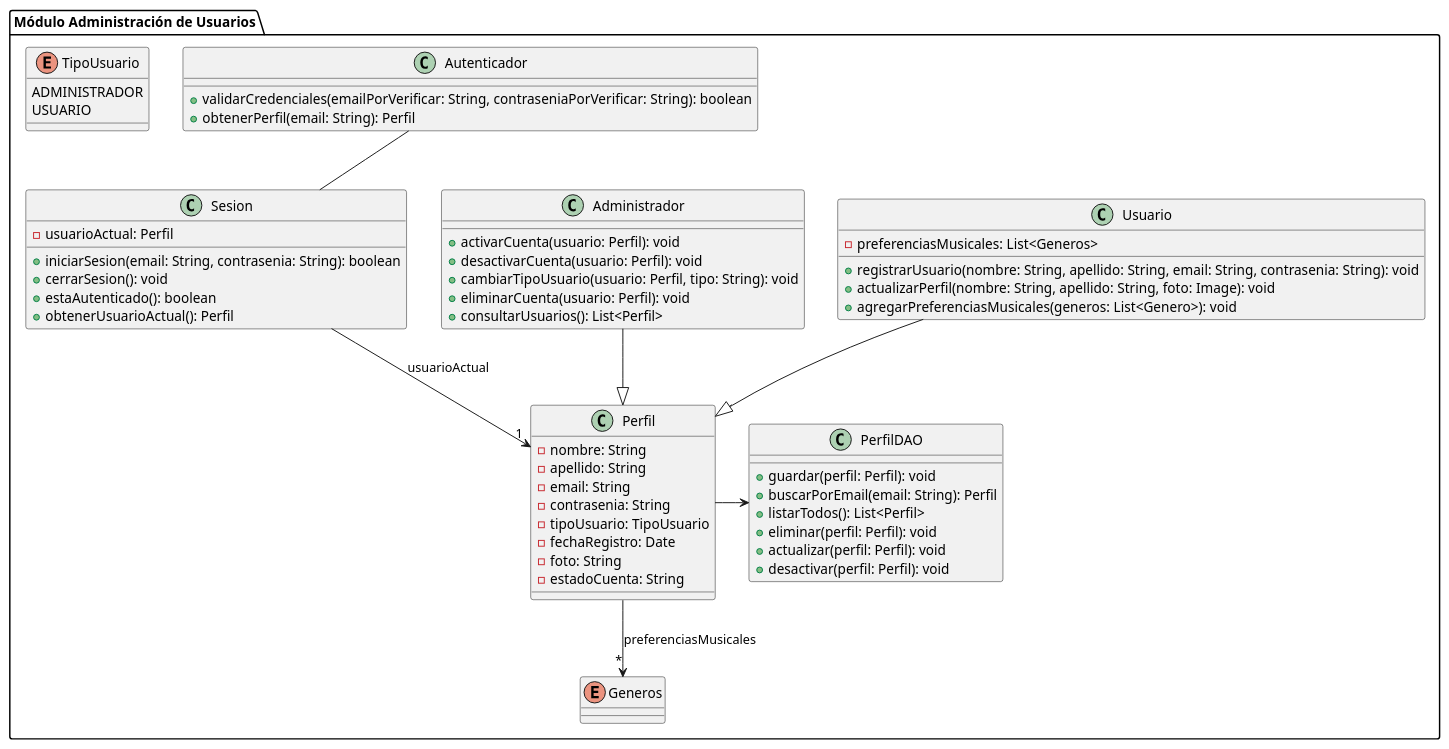
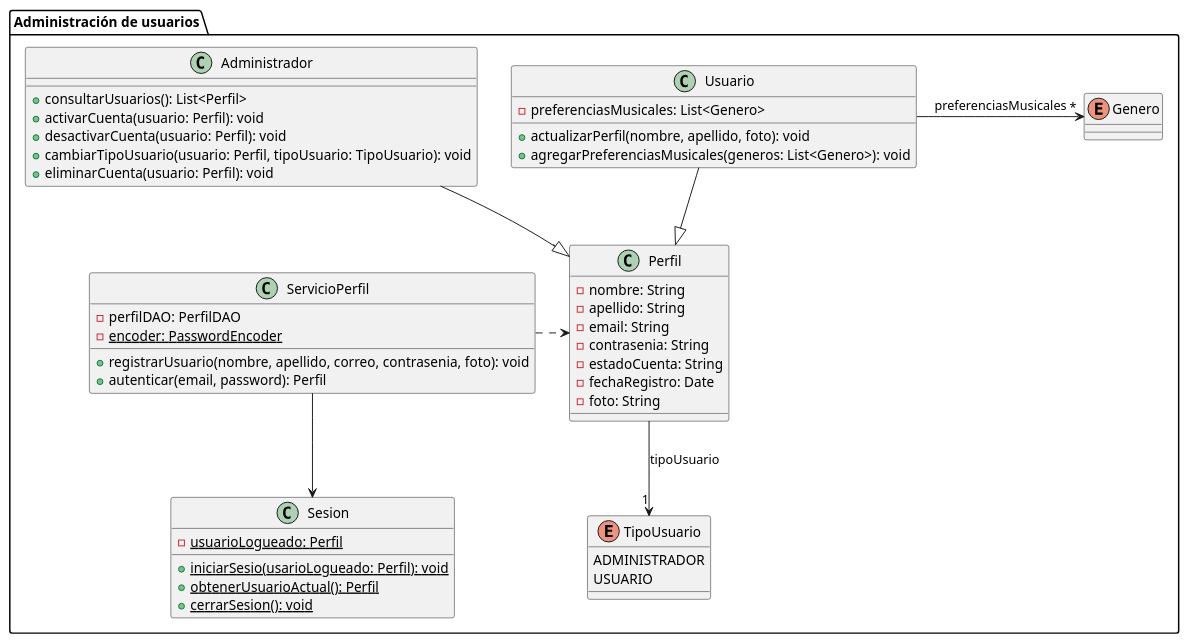
The diagram in design/DiagramaAdministracionUsuarios.puml (BaphomeT-T/InkHarmony), drawn with PlantUML before and after one commit.

Commit message:
Actualización diagrama de clases

```diff
--- a/design/DiagramaAdministracionUsuarios.puml
+++ b/design/DiagramaAdministracionUsuarios.puml
@@ -1,72 +1,55 @@
 @startuml
+package "Administración de usuarios" {
 
-package "Módulo Administración de Usuarios" {
+  class Perfil {
+    - nombre: String
+    - apellido: String
+    - email: String
+    - contrasenia: String
+    - estadoCuenta: String
+    - fechaRegistro: Date
+    - foto: String
+  }
 
-class Perfil {
-- nombre: String
-- apellido: String
-- email: String
-- contrasenia: String
-- tipoUsuario: TipoUsuario
-- fechaRegistro: Date
-- foto: String
-- estadoCuenta: String
-}
+  class Usuario {
+    - preferenciasMusicales: List<Genero>
+    + actualizarPerfil(nombre, apellido, foto): void
+    + agregarPreferenciasMusicales(generos: List<Genero>): void
+  }
 
-class Usuario {
-- preferenciasMusicales: List<Generos>
-+ registrarUsuario(nombre: String, apellido: String, email: String, contrasenia: String): void
-+ actualizarPerfil(nombre: String, apellido: String, foto: Image): void
-+ agregarPreferenciasMusicales(generos: List<Genero>): void
-}
+  class Administrador {
+    + consultarUsuarios(): List<Perfil>
+    + activarCuenta(usuario: Perfil): void
+    + desactivarCuenta(usuario: Perfil): void
+    + cambiarTipoUsuario(usuario: Perfil, tipoUsuario: TipoUsuario): void
+    + eliminarCuenta(usuario: Perfil): void
+  }
 
-class Administrador {
-+ activarCuenta(usuario: Perfil): void
-+ desactivarCuenta(usuario: Perfil): void
-+ cambiarTipoUsuario(usuario: Perfil, tipo: String): void
-+ eliminarCuenta(usuario: Perfil): void
-+ consultarUsuarios(): List<Perfil>
-}
+  class ServicioPerfil {
+    - perfilDAO: PerfilDAO
+    - {static} encoder: PasswordEncoder
+    + registrarUsuario(nombre, apellido, correo, contrasenia, foto): void
+    + autenticar(email, password): Perfil
+  }
+  Enum Genero
+  Enum TipoUsuario {
+  ADMINISTRADOR
+  USUARIO
+  }
+  class Sesion {
+    - {static} usuarioLogueado: Perfil
+    + {static} iniciarSesio(usarioLogueado: Perfil): void
+    + {static} obtenerUsuarioActual(): Perfil
+    + {static} cerrarSesion(): void
+  }
 
-class Autenticador {
-+ validarCredenciales(emailPorVerificar: String, contraseniaPorVerificar: String): boolean
-+ obtenerPerfil(email: String): Perfil
-}
-
-class Sesion {
-- usuarioActual: Perfil
-+ iniciarSesion(email: String, contrasenia: String): boolean
-+ cerrarSesion(): void
-+ estaAutenticado(): boolean
-+ obtenerUsuarioActual(): Perfil
-}
-
-enum Generos {
-
-}
-enum TipoUsuario {
-    ADMINISTRADOR
-    USUARIO
-}
-
-
-class PerfilDAO {
-+ guardar(perfil: Perfil): void
-+ buscarPorEmail(email: String): Perfil
-+ listarTodos(): List<Perfil>
-+ eliminar(perfil: Perfil): void
-+ actualizar(perfil: Perfil): void
-+ desactivar(perfil: Perfil): void
-}
-
-Autenticador --  Sesion
-Sesion --> "1" Perfil: usuarioActual
-Perfil --> "*" Generos : preferenciasMusicales
-Usuario --|> Perfil
-Administrador --|> Perfil
-Perfil -> PerfilDAO
-
+  ServicioPerfil .> Perfil
+  Usuario --|> Perfil
+  Administrador --|> Perfil
+  Usuario -> "*" Genero : preferenciasMusicales
+  Perfil --> "1" TipoUsuario: tipoUsuario
+  ServicioPerfil --> Sesion
 
 }
 
 @enduml
```
